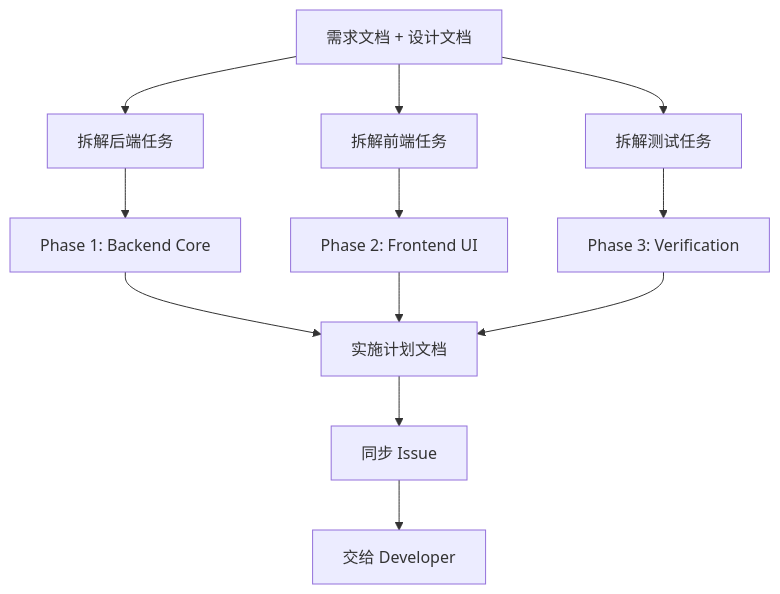
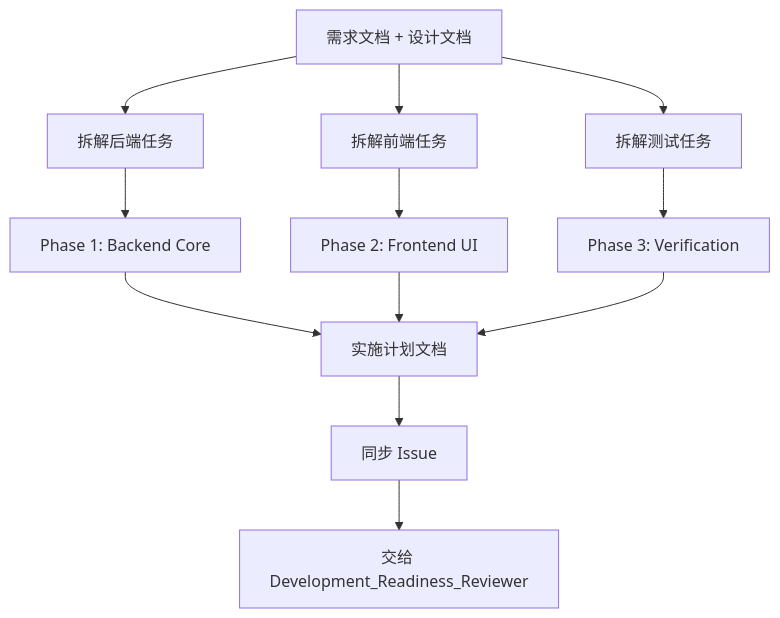
The fifth of 17 diagrams in docs/PROJECT-WORKFLOW-ROLES.md (JumpStarGroup/health_platform), drawn with Mermaid before and after one commit. The commit also changed other lines of this file and 10 other files, not shown here.

First line of the commit message:
docs: split development readiness review

````diff
--- a/docs/PROJECT-WORKFLOW-ROLES.md
+++ b/docs/PROJECT-WORKFLOW-ROLES.md
@@ -149,14 +187,14 @@
 ```mermaid
 flowchart TD
     A[需求文档 + 设计文档] --> B[拆解后端任务]
     A --> C[拆解前端任务]
     A --> D[拆解测试任务]
     B --> E[Phase 1: Backend Core]
     C --> F[Phase 2: Frontend UI]
     D --> G[Phase 3: Verification]
     E --> H[实施计划文档]
     F --> H
     G --> H
     H --> I[同步 Issue]
-    I --> J[交给 Developer]
+    I --> J[交给 Development_Readiness_Reviewer]
 ```
````
